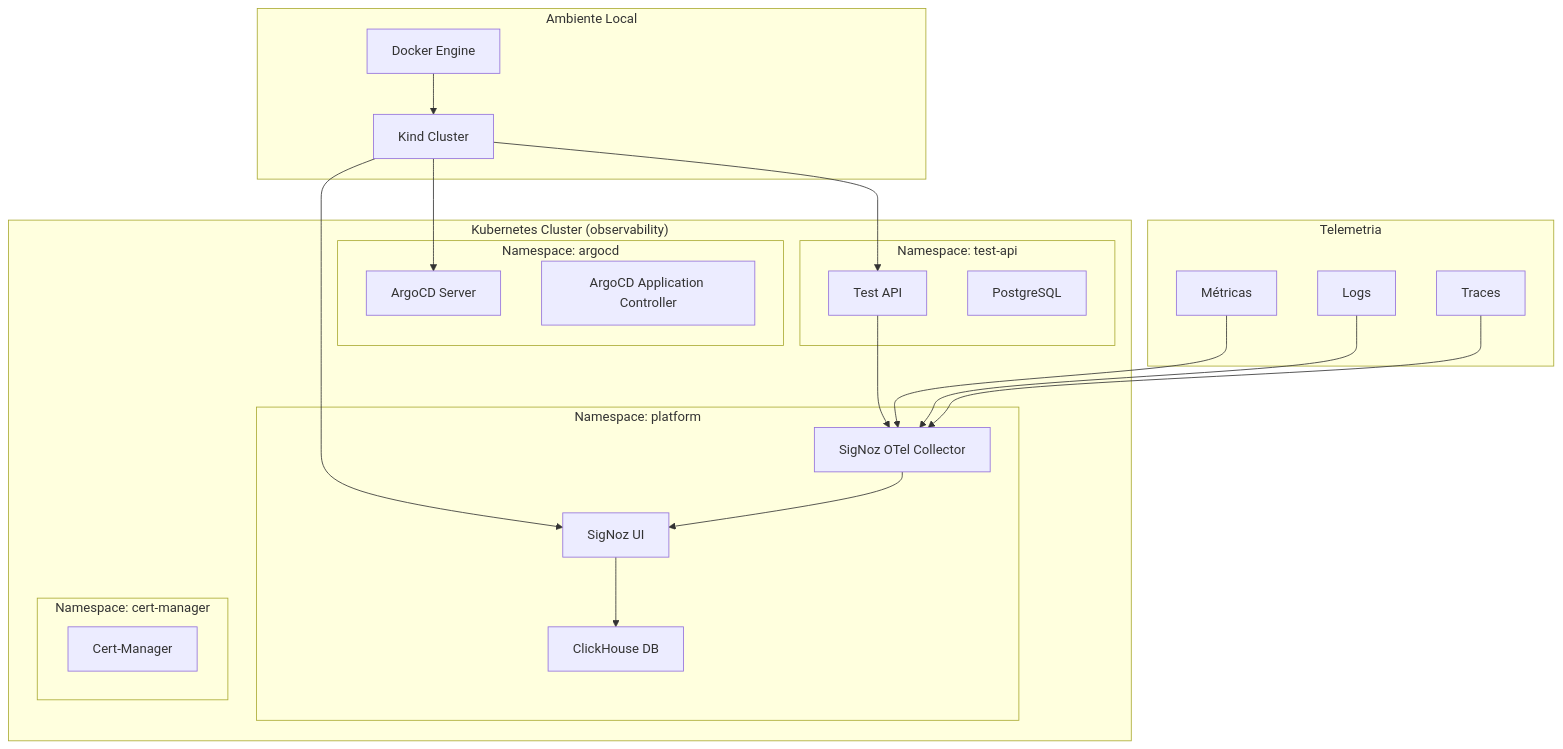
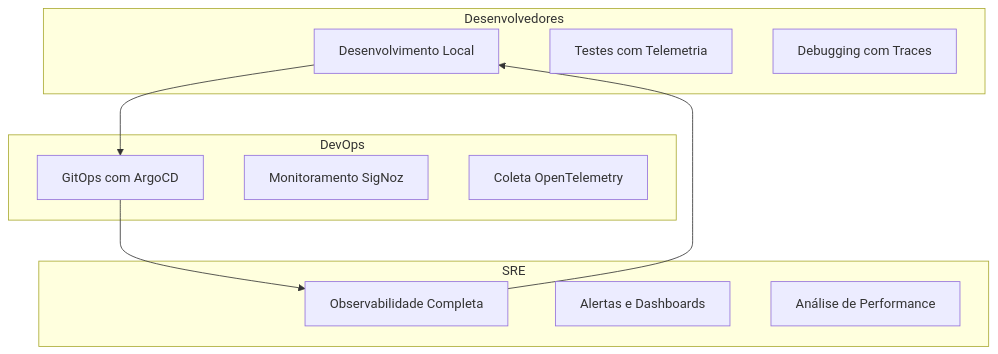
The first of 2 diagrams in README.md (danilofreytas/SRE), drawn with Mermaid before and after one commit. The commit also changed other lines of this file and 55 other files, not shown here.

````diff
--- a/README.md
+++ b/README.md
@@ -19,48 +238,24 @@
 ```mermaid
 graph TB
-    subgraph "Ambiente Local"
-        Docker[Docker Engine]
-        Kind[Kind Cluster]
+    subgraph "Desenvolvedores"
+        Dev1[Desenvolvimento Local]
+        Dev2[Testes com Telemetria]
+        Dev3[Debugging com Traces]
     end
     
-    subgraph "Kubernetes Cluster (observability)"
-        subgraph "Namespace: platform"
-            SigNoz[SigNoz UI]
-            ClickHouse[ClickHouse DB]
-            OTelCollector[SigNoz OTel Collector]
-        end
-        
-        subgraph "Namespace: argocd"
-            ArgoCD[ArgoCD Server]
-            ArgoCDApp[ArgoCD Application Controller]
-        end
-        
-        subgraph "Namespace: cert-manager"
-            CertManager[Cert-Manager]
-        end
-        
-        subgraph "Namespace: test-api"
-            TestAPI[Test API]
-            PostgreSQL[PostgreSQL]
-        end
+    subgraph "DevOps"
+        Ops1[GitOps com ArgoCD]
+        Ops2[Monitoramento SigNoz]
+        Ops3[Coleta OpenTelemetry]
     end
     
-    subgraph "Telemetria"
-        Metrics[Métricas]
-        Logs[Logs]
-        Traces[Traces]
+    subgraph "SRE"
+        SRE1[Observabilidade Completa]
+        SRE2[Alertas e Dashboards]
+        SRE3[Análise de Performance]
     end
     
-    Docker --> Kind
-    Kind --> SigNoz
-    Kind --> ArgoCD
-    Kind --> TestAPI
-    
-    TestAPI --> OTelCollector
-    OTelCollector --> SigNoz
-    SigNoz --> ClickHouse
-    
-    Metrics --> OTelCollector
-    Logs --> OTelCollector
-    Traces --> OTelCollector
+    Dev1 --> Ops1
+    Ops1 --> SRE1
+    SRE1 --> Dev1
 ```
````
